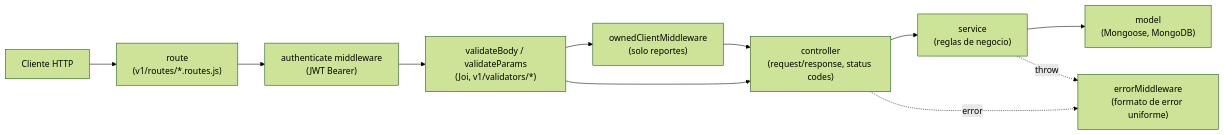
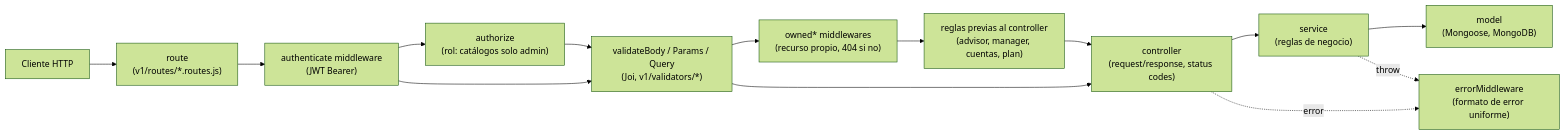
Before and after one commit to FrancoRossi-Dev/obligatorio: the first of 3 diagrams in README.md, drawn with Mermaid (forest theme). The commit also changed other lines of this file and 69 other files, not shown here.

````diff
--- a/README.md
+++ b/README.md
@@ -176,13 +174,16 @@
 ```mermaid
 flowchart LR
     A[Cliente HTTP] --> B["route\n(v1/routes/*.routes.js)"]
     B --> C["authenticate middleware\n(JWT Bearer)"]
-    C --> D["validateBody / validateParams\n(Joi, v1/validators/*)"]
-    D --> O["ownedClientMiddleware\n(solo reportes)"]
-    O --> E["controller\n(request/response, status codes)"]
+    C --> R["authorize\n(rol: catálogos solo admin)"]
+    C --> D["validateBody / Params / Query\n(Joi, v1/validators/*)"]
+    R --> D
+    D --> O["owned* middlewares\n(recurso propio, 404 si no)"]
+    O --> P["reglas previas al controller\n(advisor, manager, cuentas, plan)"]
+    P --> E["controller\n(request/response, status codes)"]
     D --> E
     E --> F["service\n(reglas de negocio)"]
     F --> G["model\n(Mongoose, MongoDB)"]
     E -. error .-> H["errorMiddleware\n(formato de error uniforme)"]
     F -. throw .-> H
 ```
````
